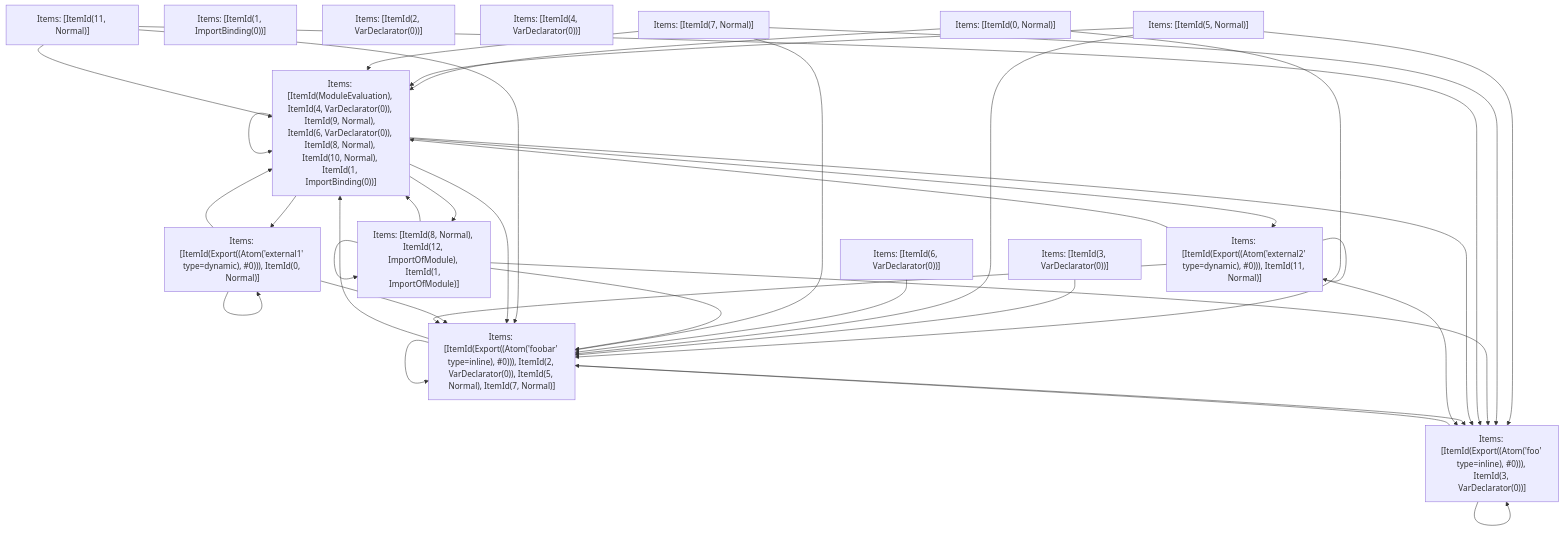
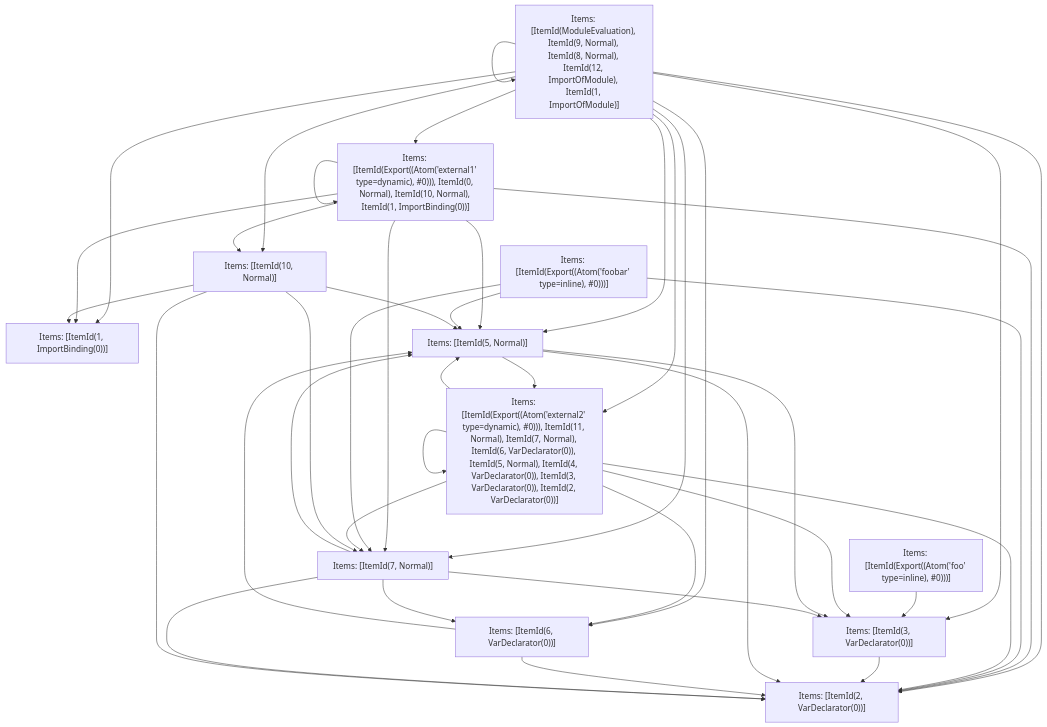
The fifth of 5 diagrams in crates/turbopack-ecmascript/tests/tree-shaker/analyzer/2/output.md (vercel/turborepo), drawn with Mermaid before and after one commit. The commit also changed 2 other files, not shown here.

Commit message:
Update test refs

````diff
--- a/crates/turbopack-ecmascript/tests/tree-shaker/analyzer/2/output.md
+++ b/crates/turbopack-ecmascript/tests/tree-shaker/analyzer/2/output.md
@@ -368,53 +368,55 @@
 ```mermaid
 graph TD
-    N0["Items: [ItemId(0, Normal)]"];
-    N1["Items: [ItemId(1, ImportBinding(0))]"];
-    N2["Items: [ItemId(2, VarDeclarator(0))]"];
-    N3["Items: [ItemId(3, VarDeclarator(0))]"];
-    N4["Items: [ItemId(4, VarDeclarator(0))]"];
-    N5["Items: [ItemId(5, Normal)]"];
-    N6["Items: [ItemId(6, VarDeclarator(0))]"];
-    N7["Items: [ItemId(7, Normal)]"];
-    N8["Items: [ItemId(8, Normal), ItemId(12, ImportOfModule), ItemId(1, ImportOfModule)]"];
-    N9["Items: [ItemId(11, Normal)]"];
-    N10["Items: [ItemId(ModuleEvaluation), ItemId(4, VarDeclarator(0)), ItemId(9, Normal), ItemId(6, VarDeclarator(0)), ItemId(8, Normal), ItemId(10, Normal), ItemId(1, ImportBinding(0))]"];
-    N11["Items: [ItemId(Export((Atom('external1' type=dynamic), #0))), ItemId(0, Normal)]"];
-    N12["Items: [ItemId(Export((Atom('foobar' type=inline), #0))), ItemId(2, VarDeclarator(0)), ItemId(5, Normal), ItemId(7, Normal)]"];
-    N13["Items: [ItemId(Export((Atom('foo' type=inline), #0))), ItemId(3, VarDeclarator(0))]"];
-    N14["Items: [ItemId(Export((Atom('external2' type=dynamic), #0))), ItemId(11, Normal)]"];
+    N0["Items: [ItemId(ModuleEvaluation), ItemId(9, Normal), ItemId(8, Normal), ItemId(12, ImportOfModule), ItemId(1, ImportOfModule)]"];
+    N1["Items: [ItemId(Export((Atom('external1' type=dynamic), #0))), ItemId(0, Normal), ItemId(10, Normal), ItemId(1, ImportBinding(0))]"];
+    N2["Items: [ItemId(Export((Atom('foobar' type=inline), #0)))]"];
+    N3["Items: [ItemId(Export((Atom('foo' type=inline), #0)))]"];
+    N4["Items: [ItemId(Export((Atom('external2' type=dynamic), #0))), ItemId(11, Normal), ItemId(7, Normal), ItemId(6, VarDeclarator(0)), ItemId(5, Normal), ItemId(4, VarDeclarator(0)), ItemId(3, VarDeclarator(0)), ItemId(2, VarDeclarator(0))]"];
+    N5["Items: [ItemId(1, ImportBinding(0))]"];
+    N6["Items: [ItemId(2, VarDeclarator(0))]"];
+    N7["Items: [ItemId(3, VarDeclarator(0))]"];
+    N8["Items: [ItemId(5, Normal)]"];
+    N9["Items: [ItemId(6, VarDeclarator(0))]"];
+    N10["Items: [ItemId(7, Normal)]"];
+    N11["Items: [ItemId(10, Normal)]"];
+    N0 --> N0;
+    N0 --> N1;
+    N0 --> N5;
+    N0 --> N6;
+    N0 --> N8;
     N0 --> N10;
-    N0 --> N12;
-    N3 --> N12;
-    N5 --> N10;
-    N5 --> N12;
-    N5 --> N13;
-    N6 --> N12;
-    N7 --> N12;
-    N7 --> N13;
-    N7 --> N10;
-    N8 --> N10;
-    N8 --> N8;
-    N8 --> N12;
-    N8 --> N13;
-    N9 --> N13;
-    N9 --> N10;
-    N9 --> N12;
-    N10 --> N10;
-    N10 --> N11;
-    N10 --> N12;
-    N10 --> N13;
-    N10 --> N14;
+    N0 --> N7;
+    N0 --> N9;
+    N0 --> N4;
+    N0 --> N11;
+    N1 --> N1;
+    N1 --> N11;
+    N1 --> N6;
+    N1 --> N8;
+    N1 --> N10;
+    N1 --> N5;
+    N2 --> N6;
+    N2 --> N8;
+    N2 --> N10;
+    N3 --> N7;
+    N4 --> N4;
+    N4 --> N7;
+    N4 --> N9;
+    N4 --> N10;
+    N4 --> N6;
+    N4 --> N8;
+    N7 --> N6;
+    N8 --> N4;
+    N8 --> N6;
+    N8 --> N7;
+    N9 --> N6;
+    N9 --> N8;
+    N10 --> N6;
     N10 --> N8;
-    N11 --> N11;
+    N10 --> N7;
+    N10 --> N9;
+    N11 --> N5;
+    N11 --> N6;
+    N11 --> N8;
     N11 --> N10;
-    N11 --> N12;
-    N12 --> N12;
-    N12 --> N10;
-    N12 --> N13;
-    N13 --> N13;
-    N13 --> N12;
-    N14 --> N14;
-    N14 --> N13;
-    N14 --> N10;
-    N14 --> N12;
 ```
````
